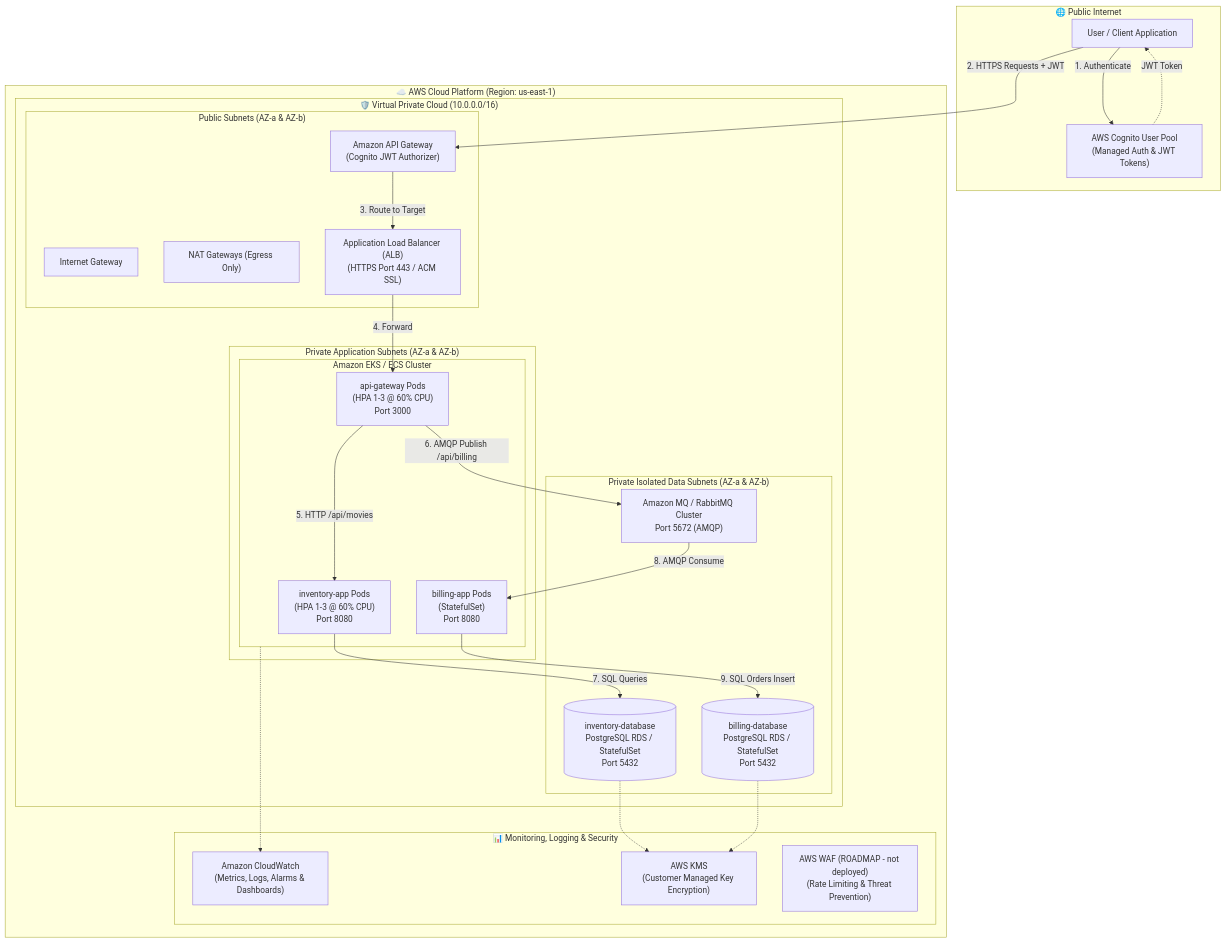
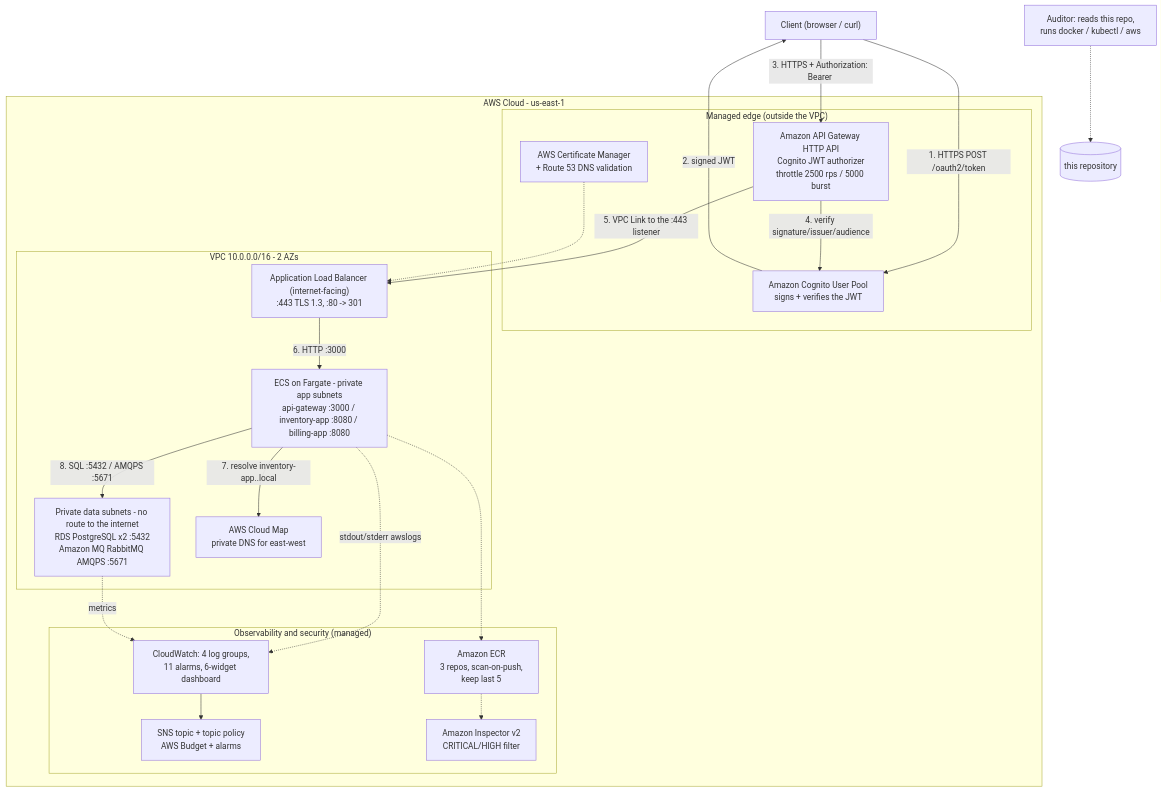
Before and after one commit to ertval/cloud-design: the first of 3 diagrams in README.md, drawn with Mermaid. The commit also changed other lines of this file and 4 other files, not shown here.

````diff
--- a/README.md
+++ b/README.md
@@ -19,54 +50,43 @@
 ```mermaid
-flowchart TD
-    subgraph Internet ["🌐 Public Internet"]
-        Client["User / Client Application"]
-        CognitoAuth["AWS Cognito User Pool\n(Managed Auth & JWT Tokens)"]
-    end
+flowchart TB
+    Client["Client (browser / curl)"]
+    Auditor["Auditor: reads this repo,<br/>runs docker / kubectl / aws"]
 
-    subgraph AWS_Cloud ["☁️ AWS Cloud Platform (Region: us-east-1)"]
-        subgraph VPC ["🛡️ Virtual Private Cloud (10.0.0.0/16)"]
-            
-            subgraph Public_Subnets ["Public Subnets (AZ-a & AZ-b)"]
-                IGW["Internet Gateway"]
-                NAT["NAT Gateways (Egress Only)"]
-                ALB["Application Load Balancer (ALB)\n(HTTPS Port 443 / ACM SSL)"]
-                APIGW["Amazon API Gateway\n(Cognito JWT Authorizer)"]
-            end
-
-            subgraph Private_App_Subnets ["Private Application Subnets (AZ-a & AZ-b)"]
-                subgraph EKS_Cluster ["Amazon EKS / ECS Cluster"]
-                    APIGatewayApp["api-gateway Pods\n(HPA 1-3 @ 60% CPU)\nPort 3000"]
-                    InventoryApp["inventory-app Pods\n(HPA 1-3 @ 60% CPU)\nPort 8080"]
-                    BillingApp["billing-app Pods\n(StatefulSet)\nPort 8080"]
-                end
-            end
-
-            subgraph Private_Data_Subnets ["Private Isolated Data Subnets (AZ-a & AZ-b)"]
-                InventoryDB[("inventory-database\nPostgreSQL RDS / StatefulSet\nPort 5432")]
-                BillingDB[("billing-database\nPostgreSQL RDS / StatefulSet\nPort 5432")]
-                RabbitMQ["Amazon MQ / RabbitMQ Cluster\nPort 5672 (AMQP)"]
-            end
+    subgraph AWS["AWS Cloud - us-east-1"]
+        subgraph Edge["Managed edge (outside the VPC)"]
+            APIGW["Amazon API Gateway HTTP API<br/>Cognito JWT authorizer<br/>throttle 2500 rps / 5000 burst"]
+            Cognito["Amazon Cognito User Pool<br/>signs + verifies the JWT"]
+            ACM["AWS Certificate Manager<br/>+ Route 53 DNS validation"]
         end
 
-        subgraph Observability ["📊 Monitoring, Logging & Security"]
-            CloudWatch["Amazon CloudWatch\n(Metrics, Logs, Alarms & Dashboards)"]
-            KMS["AWS KMS\n(Customer Managed Key Encryption)"]
-            WAF["AWS WAF (ROADMAP - not deployed)\n(Rate Limiting & Threat Prevention)"]
+        subgraph VPC["VPC 10.0.0.0/16 - 2 AZs"]
+            ALB["Application Load Balancer (internet-facing)<br/>:443 TLS 1.3, :80 -> 301"]
+            AppTier["ECS on Fargate - private app subnets<br/>api-gateway :3000 / inventory-app :8080 / billing-app :8080"]
+            DataTier["Private data subnets - no route to the internet<br/>RDS PostgreSQL x2 :5432<br/>Amazon MQ RabbitMQ AMQPS :5671"]
+            CloudMap["AWS Cloud Map<br/>private DNS for east-west"]
+        end
+
+        subgraph Ops["Observability and security (managed)"]
+            CW["CloudWatch: 4 log groups,<br/>11 alarms, 6-widget dashboard"]
+            SNS["SNS topic + topic policy<br/>AWS Budget + alarms"]
+            ECR["Amazon ECR<br/>3 repos, scan-on-push,<br/>keep last 5"]
+            Insp["Amazon Inspector v2<br/>CRITICAL/HIGH filter"]
         end
     end
 
-    Client -->|1. Authenticate| CognitoAuth
-    CognitoAuth -.->|JWT Token| Client
-    Client -->|2. HTTPS Requests + JWT| APIGW
-    APIGW -->|3. Route to Target| ALB
-    ALB -->|4. Forward| APIGatewayApp
-    APIGatewayApp -->|5. HTTP /api/movies| InventoryApp
-    APIGatewayApp -->|6. AMQP Publish /api/billing| RabbitMQ
-    InventoryApp -->|7. SQL Queries| InventoryDB
-    RabbitMQ -->|8. AMQP Consume| BillingApp
-    BillingApp -->|9. SQL Orders Insert| BillingDB
-
-    EKS_Cluster -.-> CloudWatch
-    InventoryDB -.-> KMS
-    BillingDB -.-> KMS
+    Client -->|"1. HTTPS POST /oauth2/token"| Cognito
+    Cognito -->|"2. signed JWT"| Client
+    Client -->|"3. HTTPS + Authorization: Bearer <JWT>"| APIGW
+    APIGW -->|"4. verify signature/issuer/audience"| Cognito
+    APIGW -->|"5. VPC Link to the :443 listener"| ALB
+    ALB -->|"6. HTTP :3000"| AppTier
+    AppTier -->|"7. resolve inventory-app.<ns>.local"| CloudMap
+    AppTier -->|"8. SQL :5432 / AMQPS :5671"| DataTier
+    AppTier -.->|"stdout/stderr awslogs"| CW
+    DataTier -.->|"metrics"| CW
+    CW --> SNS
+    AppTier -.-> ECR
+    ECR -.-> Insp
+    ACM -.-> ALB
+    Auditor -.-> Repo[("this repository")]
 ```
````
